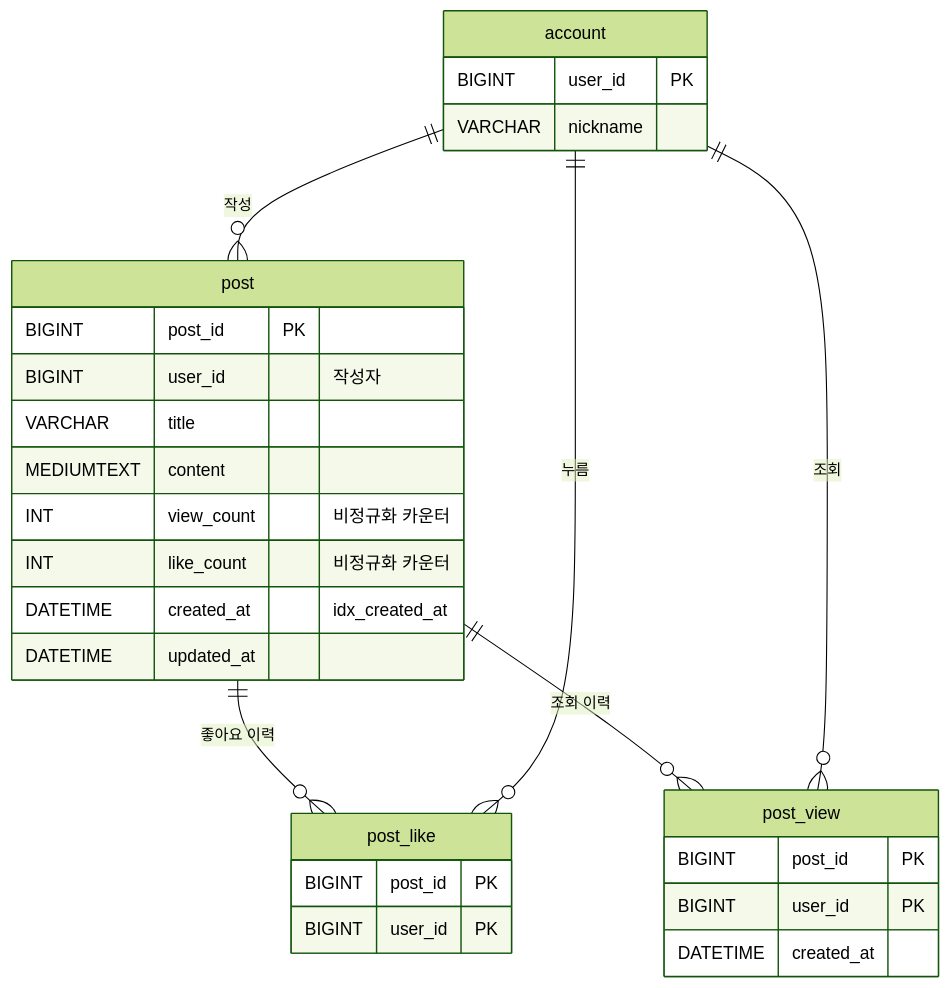
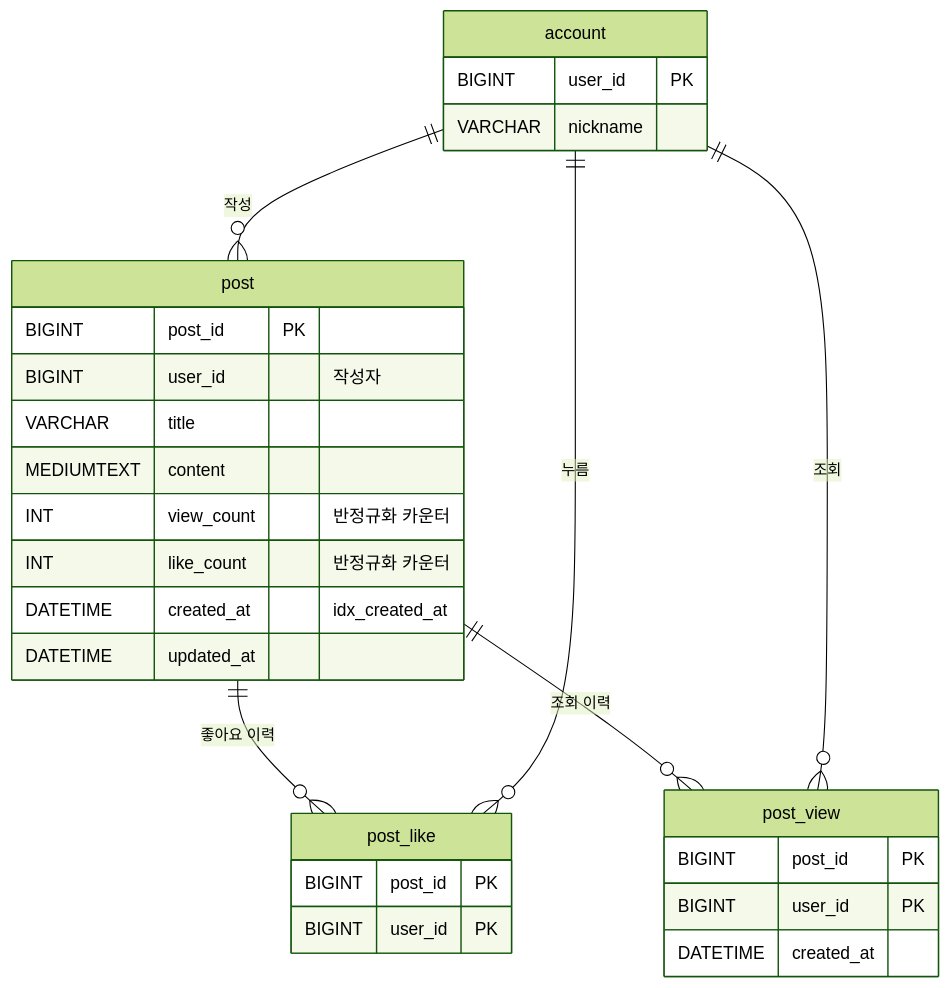
Before and after one commit to ShinHyeong/trending-service: the fifth of 5 diagrams in README.md, drawn with Mermaid (forest theme).

Commit message:
📝 docs: 용어 수정
비정규화 -> 반정규화

````diff
--- a/README.md
+++ b/README.md
@@ -275,32 +275,32 @@
 ```mermaid
 erDiagram
     account ||--o{ post : "작성"
     post ||--o{ post_like : "좋아요 이력"
     post ||--o{ post_view : "조회 이력"
     account ||--o{ post_like : "누름"
     account ||--o{ post_view : "조회"
 
     account {
         BIGINT user_id PK
         VARCHAR nickname
     }
     post {
         BIGINT post_id PK
         BIGINT user_id "작성자"
         VARCHAR title
         MEDIUMTEXT content
-        INT view_count "비정규화 카운터"
-        INT like_count "비정규화 카운터"
+        INT view_count "반정규화 카운터"
+        INT like_count "반정규화 카운터"
         DATETIME created_at "idx_created_at"
         DATETIME updated_at
     }
     post_like {
         BIGINT post_id PK
         BIGINT user_id PK
     }
     post_view {
         BIGINT post_id PK
         BIGINT user_id PK
         DATETIME created_at
     }
 ```
````
